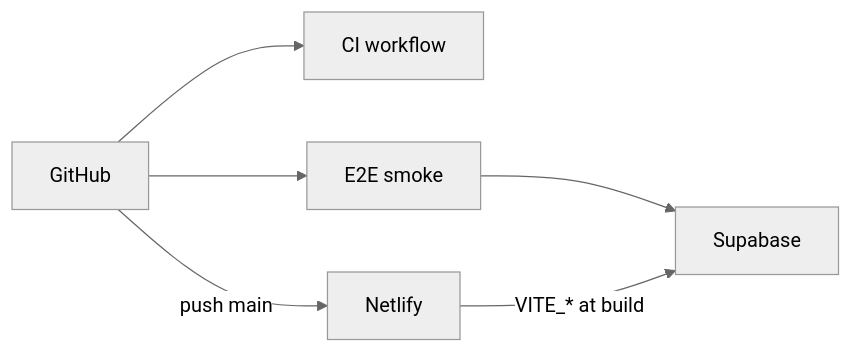
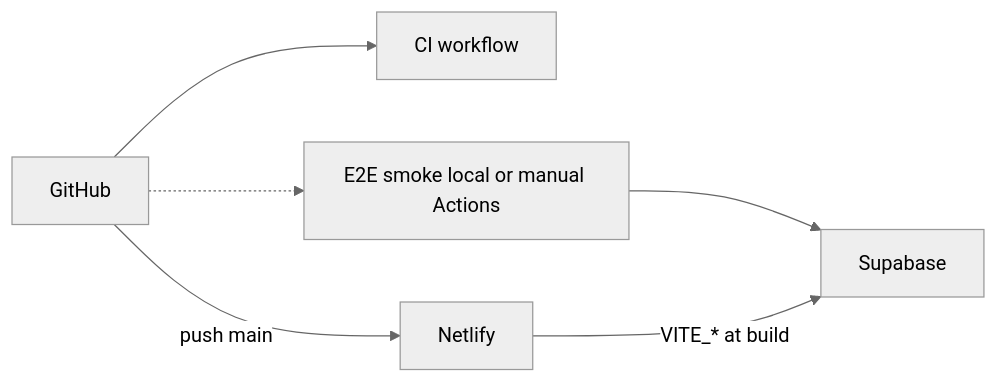
One commit to Bijayrauniyar/Dealer-Management-System changed the diagram in docs/deployment.md. Above: the diagram before and after it, drawn with Mermaid (neutral theme). The commit also changed other lines of this file and 3 other files, not shown here.

````diff
--- a/docs/deployment.md
+++ b/docs/deployment.md
@@ -36,13 +36,13 @@
 ```mermaid
 flowchart LR
   GH[GitHub]
   CI[CI workflow]
-  Smoke[E2E smoke]
+  Smoke[E2E smoke local or manual Actions]
   NL[Netlify]
   SB[Supabase]
   GH --> CI
-  GH --> Smoke
+  GH -.-> Smoke
   GH -->|push main| NL
   Smoke --> SB
   NL -->|VITE_* at build| SB
 ```
````
